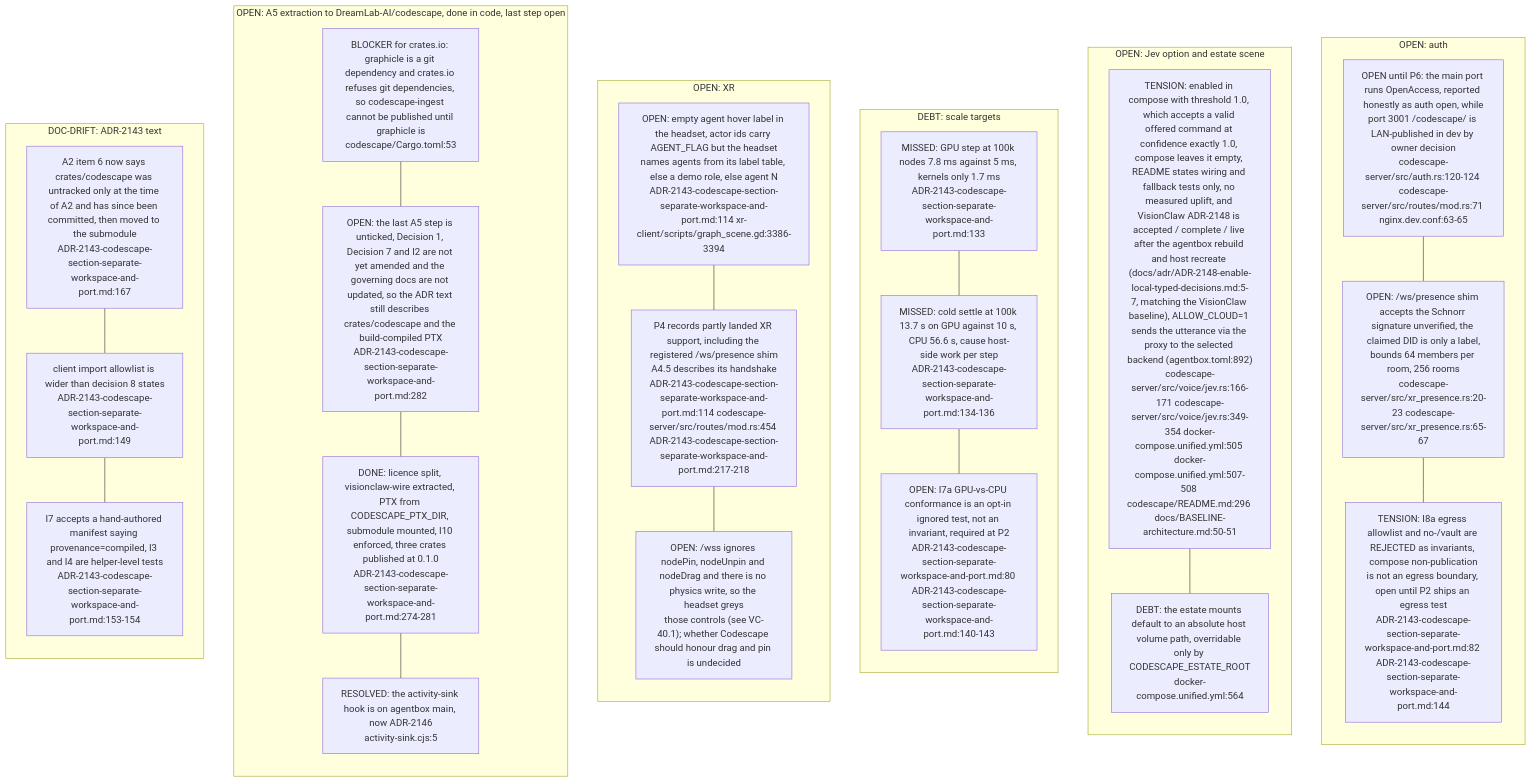
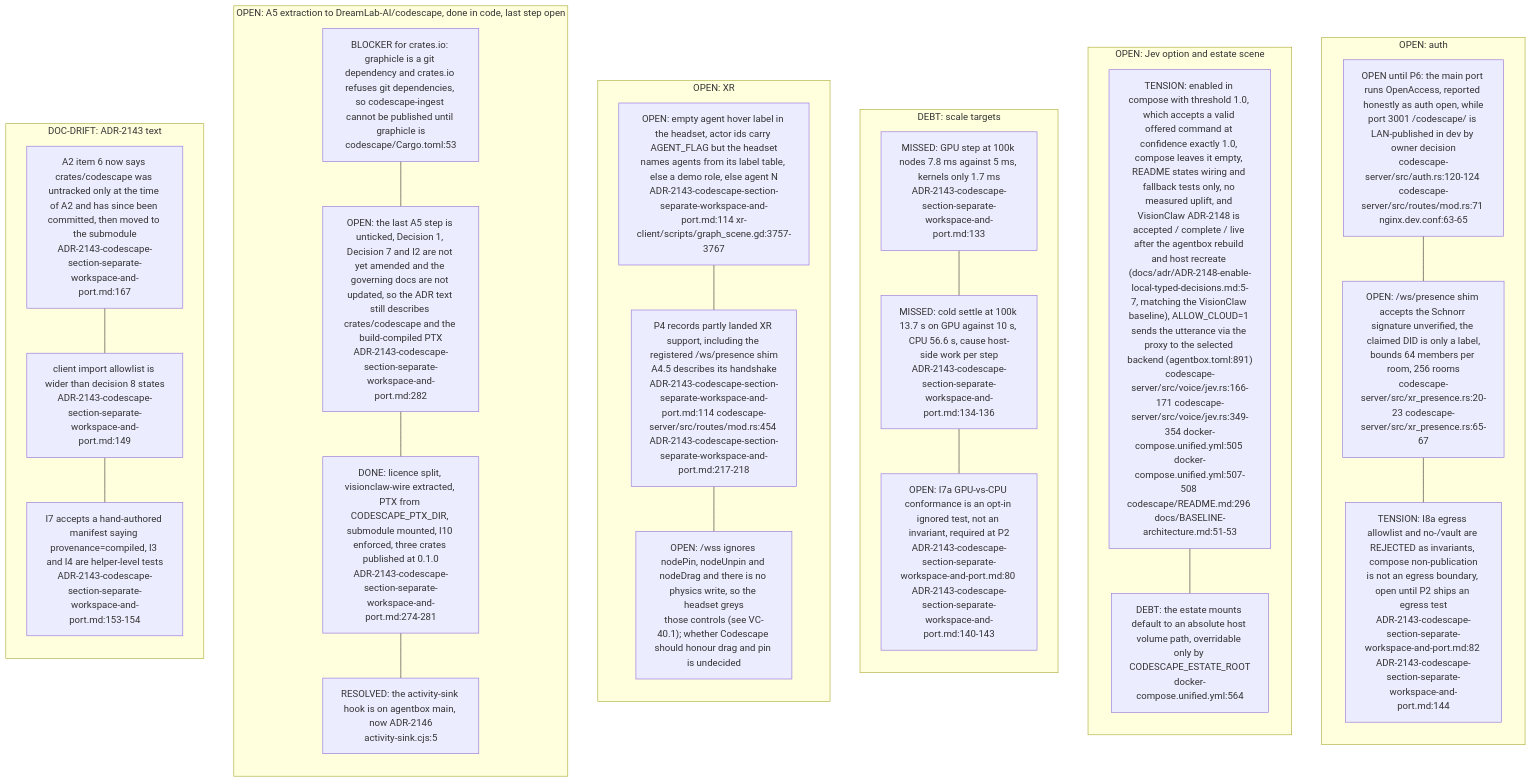
One commit to DreamLab-AI/VisionFlow changed the seventh of 7 diagrams in docs/diagrams/visionclaw/39-codescape.md. Above: the diagram before and after it, drawn with Mermaid. The commit also changed other lines of this file and 173 other files, not shown here.

First line of the commit message:
docs(audit): estate audit wave 3, agentbox and VisionClaw; ledger complete

````diff
--- a/docs/diagrams/visionclaw/39-codescape.md
+++ b/docs/diagrams/visionclaw/39-codescape.md
@@ -337,45 +337,45 @@
 ```mermaid
 flowchart TB
     subgraph SEC["OPEN: auth"]
         direction TB
         R1["OPEN until P6: the main port runs OpenAccess, reported honestly as auth open, while<br/>port 3001 /codescape/ is LAN-published in dev by owner decision<br/>codescape-server/src/auth.rs:120-124 codescape-server/src/routes/mod.rs:71 nginx.dev.conf:63-65"]
         R2["OPEN: /ws/presence shim accepts the Schnorr signature unverified, the claimed DID is only a label,<br/>bounds 64 members per room, 256 rooms<br/>codescape-server/src/xr_presence.rs:20-23 codescape-server/src/xr_presence.rs:65-67"]
         R3["TENSION: I8a egress allowlist and no-/vault are REJECTED as invariants, compose non-publication<br/>is not an egress boundary, open until P2 ships an egress test<br/>ADR-2143-codescape-section-separate-workspace-and-port.md:82 ADR-2143-codescape-section-separate-workspace-and-port.md:144"]
         R1 --- R2 --- R3
     end
     subgraph JEVG["OPEN: Jev option and estate scene"]
         direction TB
-        J1["TENSION: enabled in compose with threshold 1.0, which accepts a valid offered command at confidence exactly 1.0, compose leaves it empty, README states wiring and fallback tests only, no measured uplift, and VisionClaw ADR-2148 is accepted / complete / live after the agentbox rebuild and host recreate (docs/adr/ADR-2148-enable-local-typed-decisions.md:5-7, matching the VisionClaw baseline), ALLOW_CLOUD=1 sends the utterance via the proxy to the selected backend (agentbox.toml:892)<br/>codescape-server/src/voice/jev.rs:166-171 codescape-server/src/voice/jev.rs:349-354 docker-compose.unified.yml:505 docker-compose.unified.yml:507-508 codescape/README.md:296 docs/BASELINE-architecture.md:50-51"]
+        J1["TENSION: enabled in compose with threshold 1.0, which accepts a valid offered command at confidence exactly 1.0, compose leaves it empty, README states wiring and fallback tests only, no measured uplift, and VisionClaw ADR-2148 is accepted / complete / live after the agentbox rebuild and host recreate (docs/adr/ADR-2148-enable-local-typed-decisions.md:5-7, matching the VisionClaw baseline), ALLOW_CLOUD=1 sends the utterance via the proxy to the selected backend (agentbox.toml:891)<br/>codescape-server/src/voice/jev.rs:166-171 codescape-server/src/voice/jev.rs:349-354 docker-compose.unified.yml:505 docker-compose.unified.yml:507-508 codescape/README.md:296 docs/BASELINE-architecture.md:51-53"]
         J2["DEBT: the estate mounts default to an absolute host volume path, overridable only by CODESCAPE_ESTATE_ROOT<br/>docker-compose.unified.yml:564"]
         J1 --- J2
     end
     subgraph PERF["DEBT: scale targets"]
         direction TB
         P1["MISSED: GPU step at 100k nodes 7.8 ms against 5 ms, kernels only 1.7 ms<br/>ADR-2143-codescape-section-separate-workspace-and-port.md:133"]
         P2["MISSED: cold settle at 100k 13.7 s on GPU against 10 s, CPU 56.6 s, cause host-side work per step<br/>ADR-2143-codescape-section-separate-workspace-and-port.md:134-136"]
         P3["OPEN: I7a GPU-vs-CPU conformance is an opt-in ignored test, not an invariant, required at P2<br/>ADR-2143-codescape-section-separate-workspace-and-port.md:80 ADR-2143-codescape-section-separate-workspace-and-port.md:140-143"]
         P1 --- P2 --- P3
     end
     subgraph XRG["OPEN: XR"]
         direction TB
-        X1["OPEN: empty agent hover label in the headset, actor ids carry AGENT_FLAG but the headset<br/>names agents from its label table, else a demo role, else agent N<br/>ADR-2143-codescape-section-separate-workspace-and-port.md:114 xr-client/scripts/graph_scene.gd:3386-3394"]
+        X1["OPEN: empty agent hover label in the headset, actor ids carry AGENT_FLAG but the headset<br/>names agents from its label table, else a demo role, else agent N<br/>ADR-2143-codescape-section-separate-workspace-and-port.md:114 xr-client/scripts/graph_scene.gd:3757-3767"]
         X2["P4 records partly landed XR support, including the registered /ws/presence shim<br/>A4.5 describes its handshake<br/>ADR-2143-codescape-section-separate-workspace-and-port.md:114 codescape-server/src/routes/mod.rs:454 ADR-2143-codescape-section-separate-workspace-and-port.md:217-218"]
         X3["OPEN: /wss ignores nodePin, nodeUnpin and nodeDrag and there is no physics write, so the headset greys<br/>those controls (see VC-40.1); whether Codescape should honour drag and pin is undecided"]
         X1 --- X2 --- X3
     end
     subgraph EXT["OPEN: A5 extraction to DreamLab-AI/codescape, done in code, last step open"]
         direction TB
         E1["BLOCKER for crates.io: graphicle is a git dependency and crates.io refuses git dependencies, so codescape-ingest cannot be published until graphicle is<br/>codescape/Cargo.toml:53"]
         E2["OPEN: the last A5 step is unticked, Decision 1, Decision 7 and I2 are not yet amended and the governing docs are not updated, so the ADR text still describes crates/codescape and the build-compiled PTX<br/>ADR-2143-codescape-section-separate-workspace-and-port.md:282"]
         E3["DONE: licence split, visionclaw-wire extracted, PTX from CODESCAPE_PTX_DIR, submodule mounted, I10 enforced, three crates published at 0.1.0<br/>ADR-2143-codescape-section-separate-workspace-and-port.md:274-281"]
         E4["RESOLVED: the activity-sink hook is on agentbox main, now ADR-2146<br/>activity-sink.cjs:5"]
         E1 --- E2 --- E3 --- E4
     end
     subgraph DR["DOC-DRIFT: ADR-2143 text"]
         direction TB
         D1["A2 item 6 now says crates/codescape was untracked only at the time of A2 and has since been committed, then moved to the submodule<br/>ADR-2143-codescape-section-separate-workspace-and-port.md:167"]
         D2["client import allowlist is wider than decision 8 states<br/>ADR-2143-codescape-section-separate-workspace-and-port.md:149"]
         D3["I7 accepts a hand-authored manifest saying provenance=compiled, I3 and I4 are helper-level tests<br/>ADR-2143-codescape-section-separate-workspace-and-port.md:153-154"]
         D1 --- D2 --- D3
     end
 ```
````
